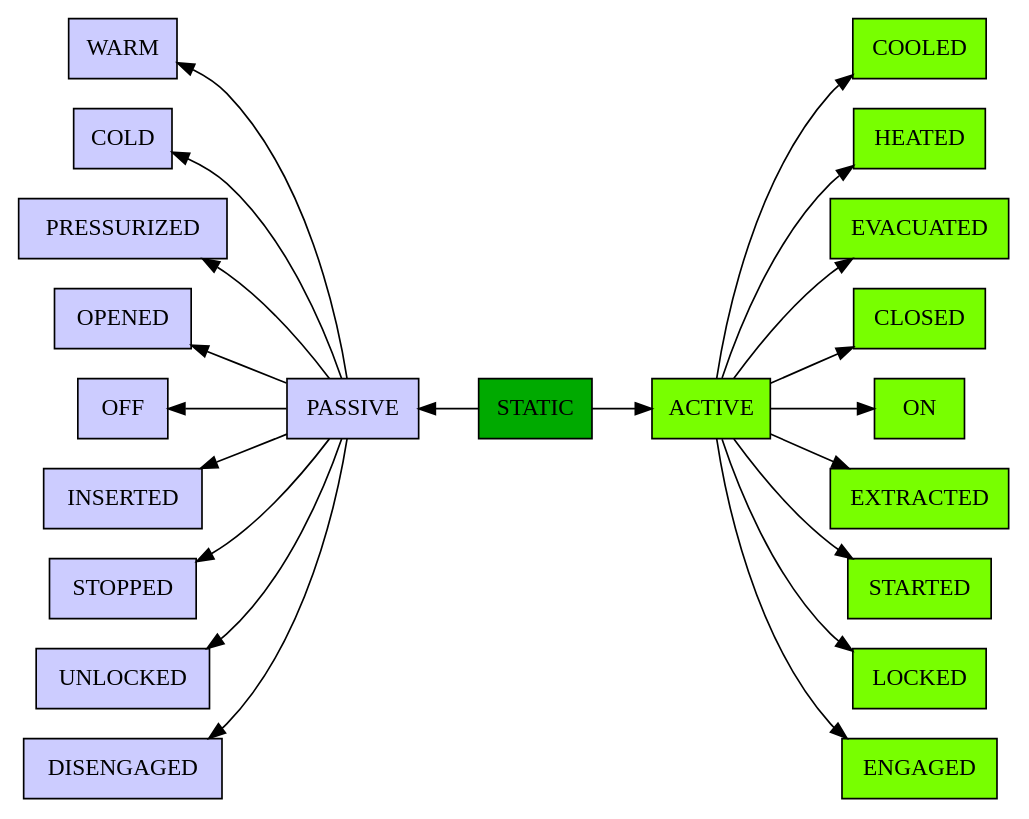
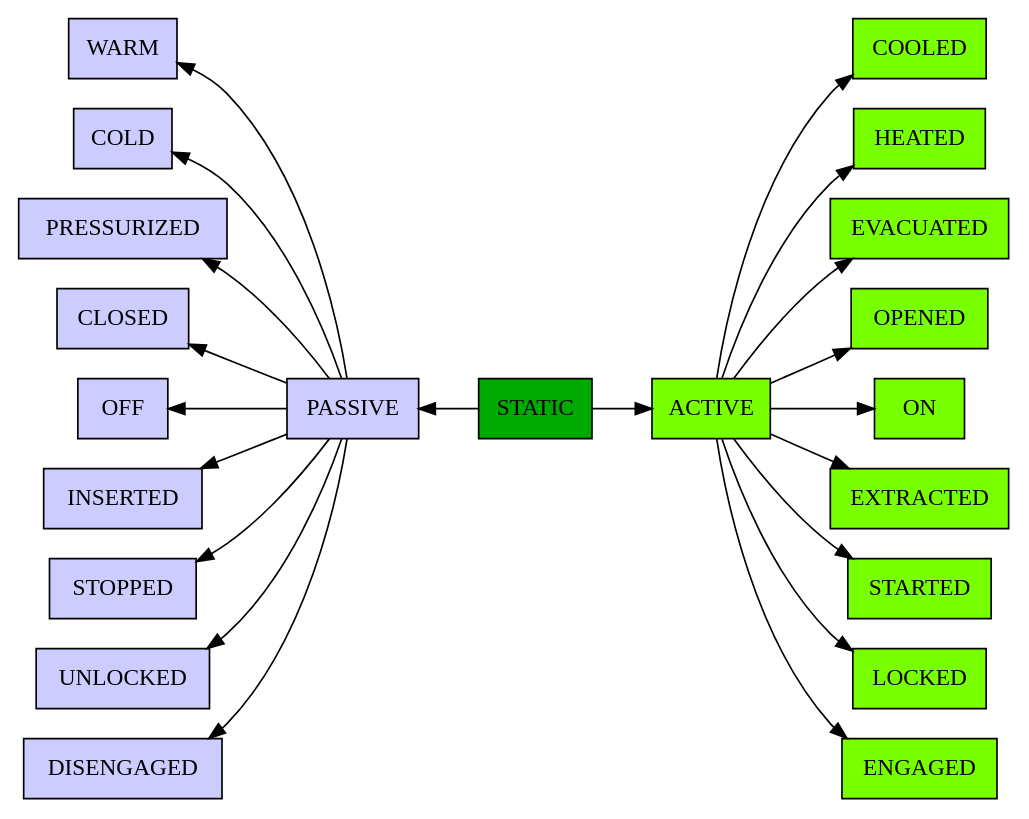
Before and after one commit to European-XFEL/Karabo: diagram 16 of 18 in doc/concepts/states.rst, drawn with Graphviz. The commit also changed other lines of this file, not shown here.

Commit message:
adapting state docu opened closed and passive color fix

```diff
--- a/doc/concepts/states.rst
+++ b/doc/concepts/states.rst
@@ -534,67 +534,67 @@
 .. digraph:: state_transitions
 
     rankdir = LR;
 
     "STATIC"[shape = box style=filled, fillcolor="#00AA00"]
     "PASSIVE"[shape = box style=filled, fillcolor="#CCCCFF"]
     "ACTIVE"[shape = box style=filled, fillcolor="#78FF00"]
 
     "COOLED"[shape = box style=filled, fillcolor="#78FF00"]
     "WARM"[shape = box style=filled, fillcolor="#CCCCFF"]
 
     "WARM"->"PASSIVE" [dir=back]
 
     "HEATED"[shape = box style=filled, fillcolor="#78FF00"]
     "COLD"[shape = box style=filled, fillcolor="#CCCCFF"]
 
     "COLD"->"PASSIVE" [dir=back]
 
     "EVACUATED"[shape = box style=filled, fillcolor="#78FF00"]
     "PRESSURIZED"[shape = box style=filled, fillcolor="#CCCCFF"]
 
     "PRESSURIZED"->"PASSIVE" [dir=back]
     "ACTIVE"->"EVACUATED"
 
 
-    "CLOSED"[shape = box style=filled, fillcolor="#78FF00"]
-    "OPENED"[shape = box style=filled, fillcolor="#CCCCFF"]
+    "OPENED"[shape = box style=filled, fillcolor="#78FF00"]
+    "CLOSED"[shape = box style=filled, fillcolor="#CCCCFF"]
 
-    "OPENED"->"PASSIVE" [dir=back]
+    "CLOSED"->"PASSIVE" [dir=back]
 
     "ON"[shape = box style=filled, fillcolor="#78FF00"]
     "OFF"[shape = box style=filled, fillcolor="#CCCCFF"]
 
     "OFF"->"PASSIVE" [dir=back]
 
     "EXTRACTED"[shape = box style=filled, fillcolor="#78FF00"]
     "INSERTED"[shape = box style=filled, fillcolor="#CCCCFF"]
 
     "INSERTED"->"PASSIVE" [dir=back]
 
     "STARTED"[shape = box style=filled, fillcolor="#78FF00"]
     "STOPPED"[shape = box style=filled, fillcolor="#CCCCFF"]
 
     "STOPPED"->"PASSIVE" [dir=back]
 
     "LOCKED"[shape = box style=filled, fillcolor="#78FF00"]
     "UNLOCKED"[shape = box style=filled, fillcolor="#CCCCFF"]
 
     "UNLOCKED"->"PASSIVE" [dir=back]
 
     "ENGAGED"[shape = box style=filled, fillcolor="#78FF00"]
     "DISENGAGED"[shape = box style=filled, fillcolor="#CCCCFF"]
 
     "DISENGAGED"->"PASSIVE" [dir=back]
 
 
     "PASSIVE" -> "STATIC"[dir=back]
     "STATIC" -> "ACTIVE"
 
     "ACTIVE"->"LOCKED"
     "ACTIVE"->"STARTED"
     "ACTIVE"->"EXTRACTED"
     "ACTIVE"->"ON"
-    "ACTIVE"->"CLOSED"
+    "ACTIVE"->"OPENED"
     "ACTIVE"->"HEATED"
     "ACTIVE"->"COOLED"
     "ACTIVE"->"ENGAGED"
```
